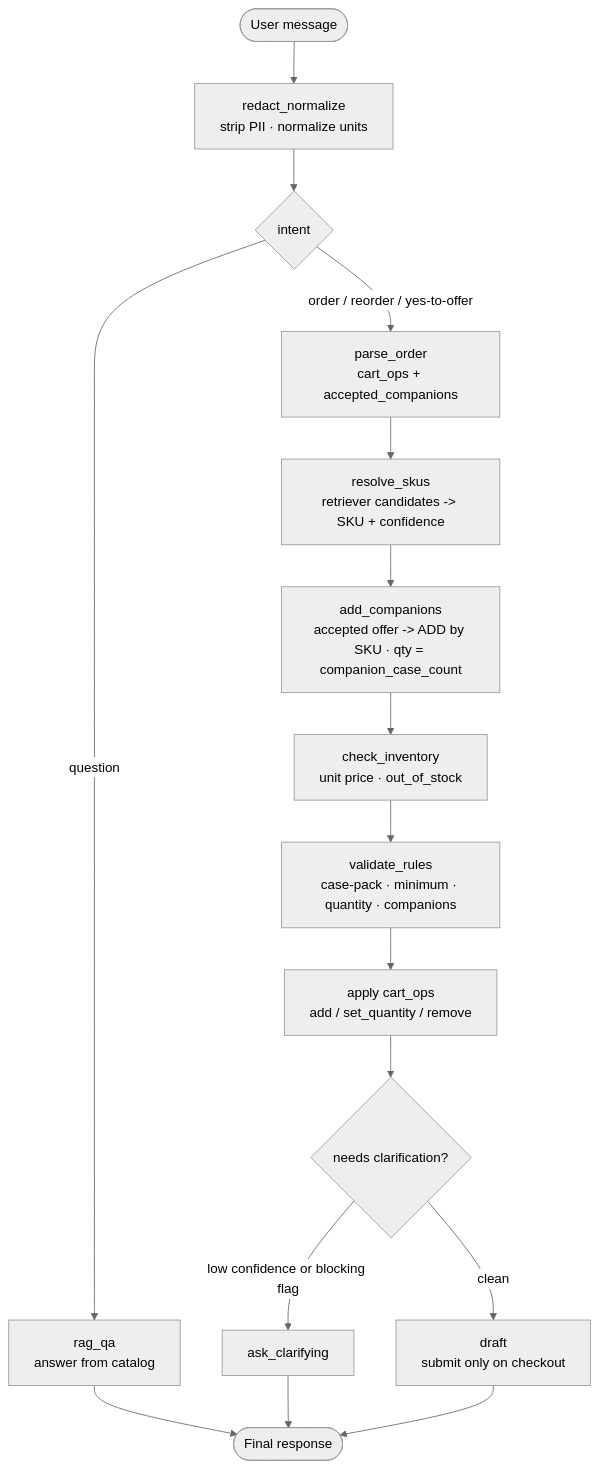
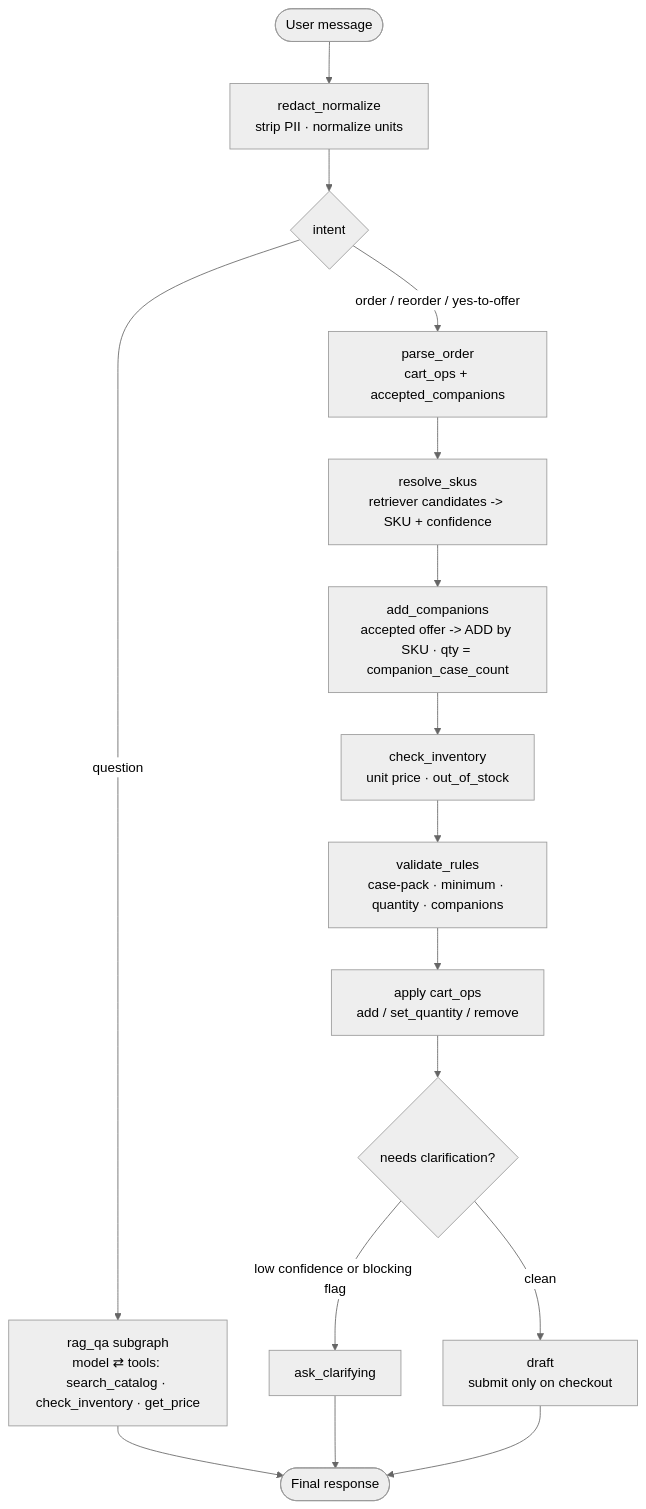
One commit to caige13/wholesale-agent changed the diagram in README.md. Above: the diagram before and after it, drawn with Mermaid (neutral theme). The commit also changed other lines of this file and 11 other files, not shown here.

````diff
--- a/README.md
+++ b/README.md
@@ -61,18 +61,18 @@
 ```mermaid
 graph TD
     START([User message]) --> redact[redact_normalize<br/>strip PII · normalize units]
     redact --> intent{intent}
-    intent -->|question| ragqa[rag_qa<br/>answer from catalog]
+    intent -->|question| ragqa[rag_qa subgraph<br/>model ⇄ tools: search_catalog · check_inventory · get_price]
     intent -->|order / reorder / yes-to-offer| parse[parse_order<br/>cart_ops + accepted_companions]
     parse --> resolve[resolve_skus<br/>retriever candidates -> SKU + confidence]
     resolve --> companions[add_companions<br/>accepted offer -> ADD by SKU · qty = companion_case_count]
     companions --> inv[check_inventory<br/>unit price · out_of_stock]
     inv --> validate[validate_rules<br/>case-pack · minimum · quantity · companions]
     validate --> apply[apply cart_ops<br/>add / set_quantity / remove]
     apply --> gate{needs clarification?}
     gate -->|low confidence or blocking flag| clarify[ask_clarifying]
     gate -->|clean| draft[draft<br/>submit only on checkout]
     ragqa --> done([Final response])
     clarify --> done
     draft --> done
 ```
````
